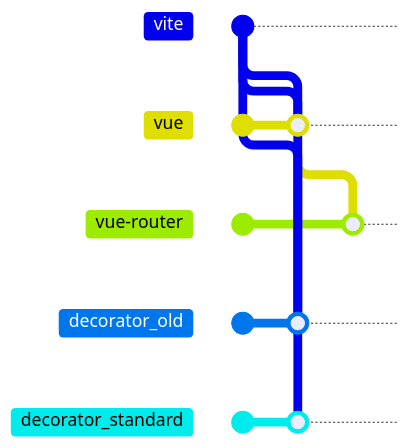
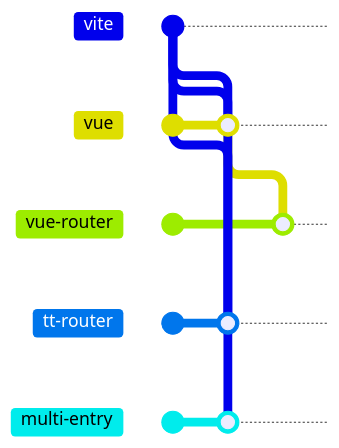
The diagram in README.md (jiang-ruo/Tampermonkey-Tamplate), drawn with Mermaid before and after one commit. The commit also changed other lines of this file and 4 other files, not shown here. Commit ids are hidden.

````diff
--- a/README.md
+++ b/README.md
@@ -28,33 +28,33 @@
 ```mermaid
 ---
 config:
   gitGraph:
     mainBranchName: 'vite'
     parallelCommits: true
 ---
 gitGraph
     branch vue
     branch vue-router
-    branch decorator_old
-    branch decorator_standard
+    branch tt-router
+    branch multi-entry
     
     checkout vite
     commit "vite commit"
     
     checkout vue
     commit "vue commit"
     merge vite
     
     checkout vue-router
     commit "vue-router commit"
     merge vue
     
-    checkout decorator_old
-    commit "decorator_old commit"
+    checkout tt-router
+    commit "tt-router commit"
     merge vite
     
-    checkout decorator_standard
-    commit "decorator_standard commit"
+    checkout multi-entry
+    commit "multi-entry commit"
     merge vite
     
 ```
````
